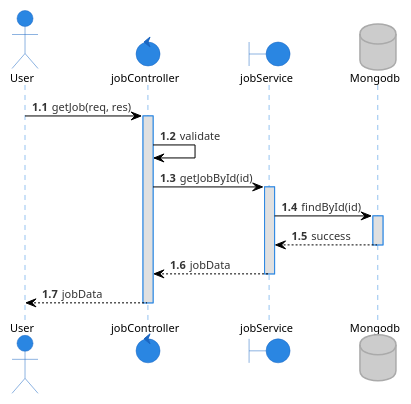
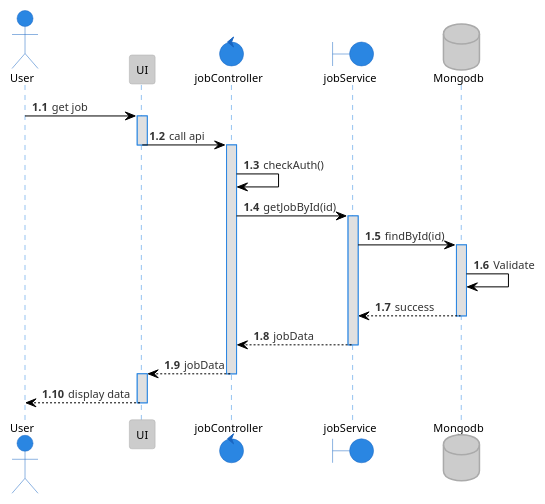
Before and after one commit to tuannm99/RMS: the diagram in plantuml/sequence/job/getJob.puml, drawn with PlantUML. The commit also changed 9 other files, not shown here.

Commit message:
fix - sequence diagram job and user

```diff
--- a/plantuml/sequence/job/getJob.puml
+++ b/plantuml/sequence/job/getJob.puml
@@ -1,24 +1,32 @@
 @startuml getJob
 !theme reddress-lightblue
 
 autonumber 1.1
 actor User
+participant UI
 control  jobController
 boundary jobService
 database Mongodb
 
-User -> jobController: getJob(req, res)
+User -> UI: get job
+activate UI
+UI -> jobController: call api
+deactivate UI
 activate jobController
-jobController -> jobController: validate
+jobController -> jobController: checkAuth()
 jobController -> jobService: getJobById(id)
 activate jobService
 jobService -> Mongodb: findById(id)
 activate Mongodb
+Mongodb -> Mongodb: Validate
 Mongodb --> jobService: success
 deactivate Mongodb
 jobService --> jobController: jobData
 deactivate jobService
-jobController --> User: jobData
+jobController --> UI: jobData
 deactivate jobController
+activate UI
+UI --> User: display data
+deactivate UI
 
 @enduml
```
